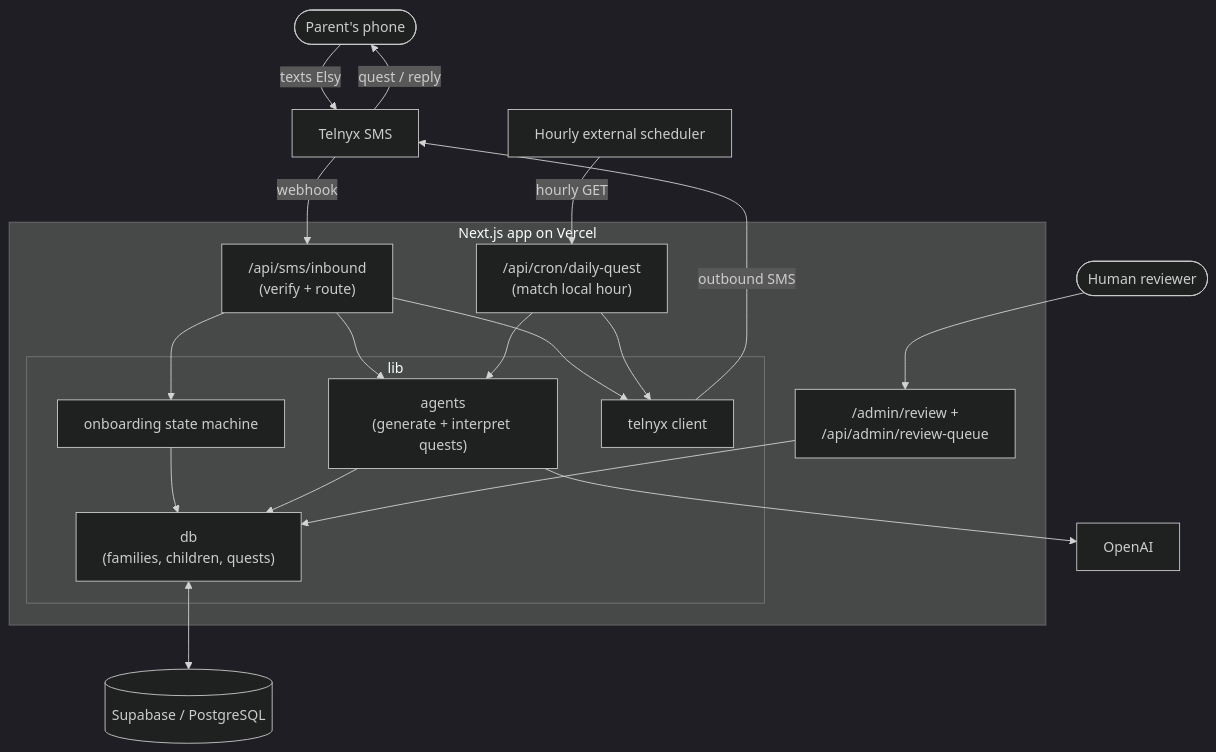
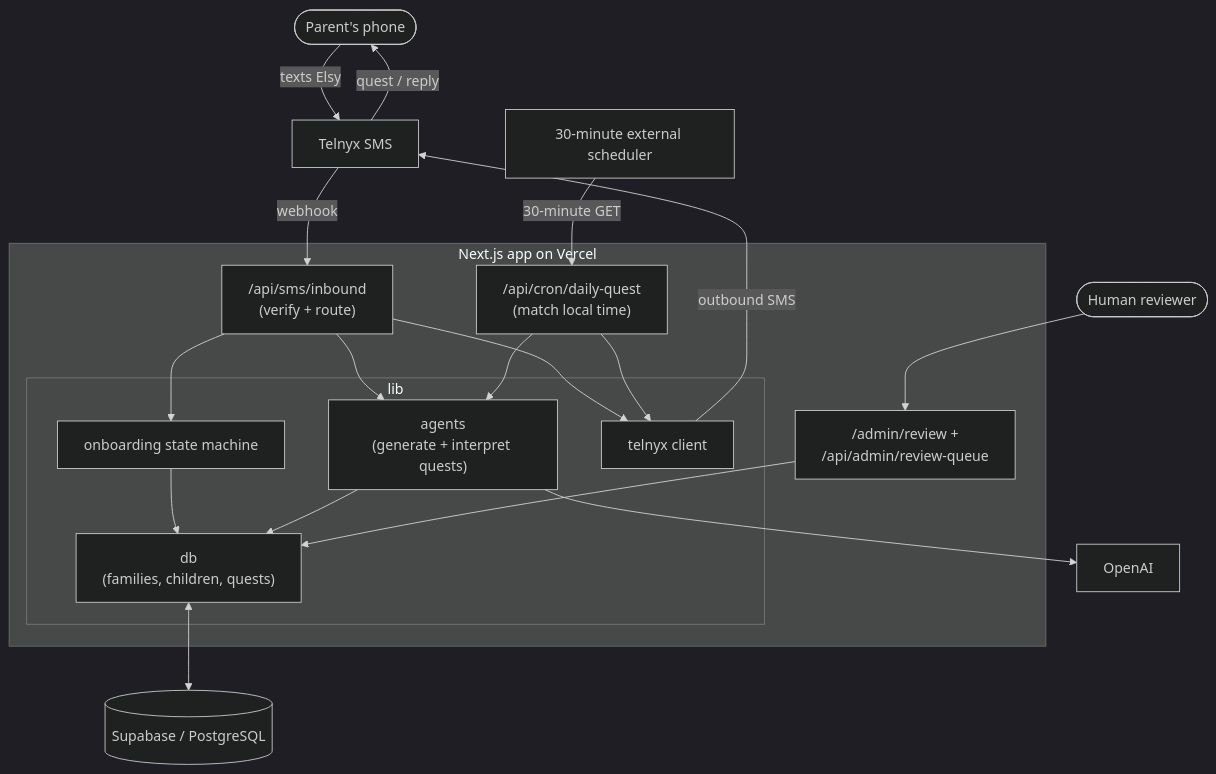
One commit to yiyaw-lab/thinkelse changed the diagram in README.md. Above: the diagram before and after it, drawn with Mermaid (dark theme). The commit also changed other lines of this file and 14 other files, not shown here.

````diff
--- a/README.md
+++ b/README.md
@@ -37,40 +37,40 @@
 ```mermaid
 flowchart TD
     Parent([Parent's phone])
     Telnyx[Telnyx SMS]
-    Scheduler[Hourly external scheduler]
+    Scheduler[30-minute external scheduler]
 
     subgraph App[Next.js app on Vercel]
         Inbound["/api/sms/inbound<br/>(verify + route)"]
-        Cron["/api/cron/daily-quest<br/>(match local hour)"]
+        Cron["/api/cron/daily-quest<br/>(match local time)"]
         Admin["/admin/review +<br/>/api/admin/review-queue"]
 
         subgraph Lib[lib]
             Onboard[onboarding state machine]
             Agents["agents<br/>(generate + interpret quests)"]
             DB["db<br/>(families, children, quests)"]
             TelnyxLib[telnyx client]
         end
     end
 
     OpenAI[OpenAI]
     Supabase[(Supabase / PostgreSQL)]
     Reviewer([Human reviewer])
 
     Parent -->|texts Elsy| Telnyx -->|webhook| Inbound
-    Scheduler -->|hourly GET| Cron
+    Scheduler -->|30-minute GET| Cron
 
     Inbound --> Onboard
     Inbound --> Agents
     Cron --> Agents
     Agents --> OpenAI
     Onboard --> DB
     Agents --> DB
     DB <--> Supabase
 
     Inbound --> TelnyxLib
     Cron --> TelnyxLib
     TelnyxLib -->|outbound SMS| Telnyx -->|quest / reply| Parent
 
     Reviewer --> Admin --> DB
 ```
````
